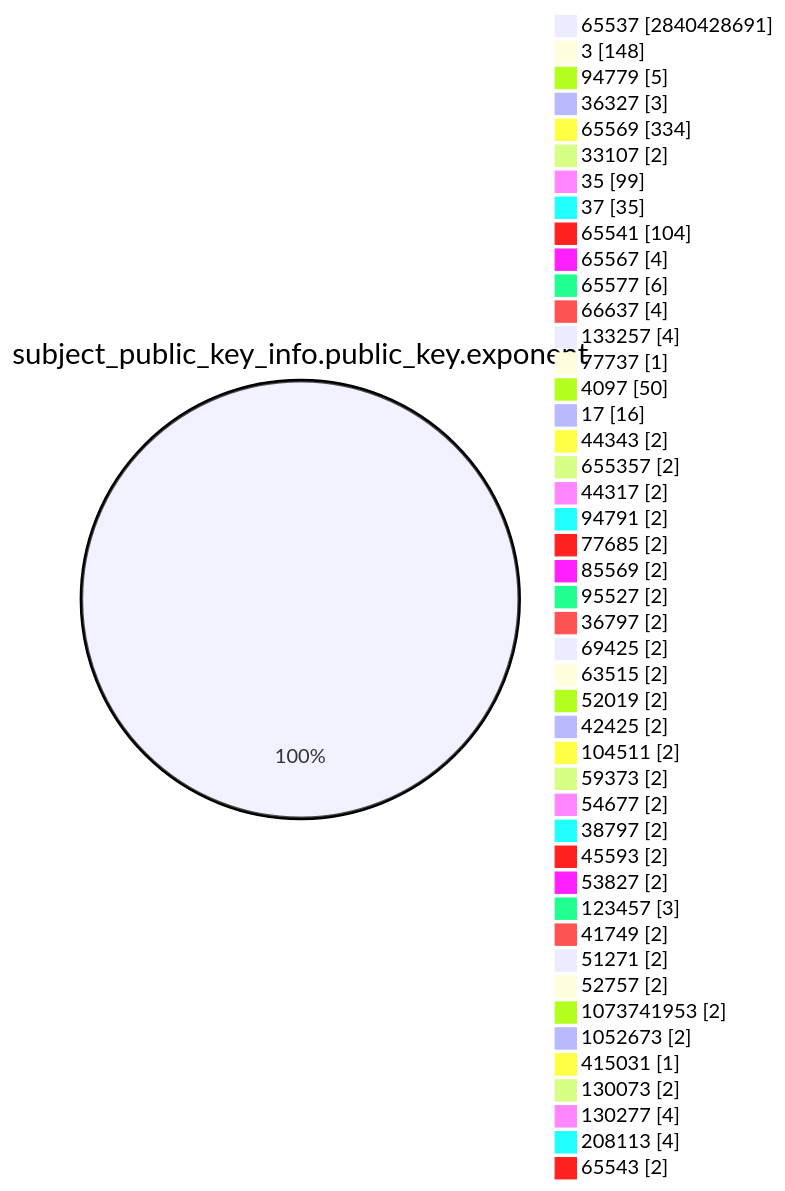
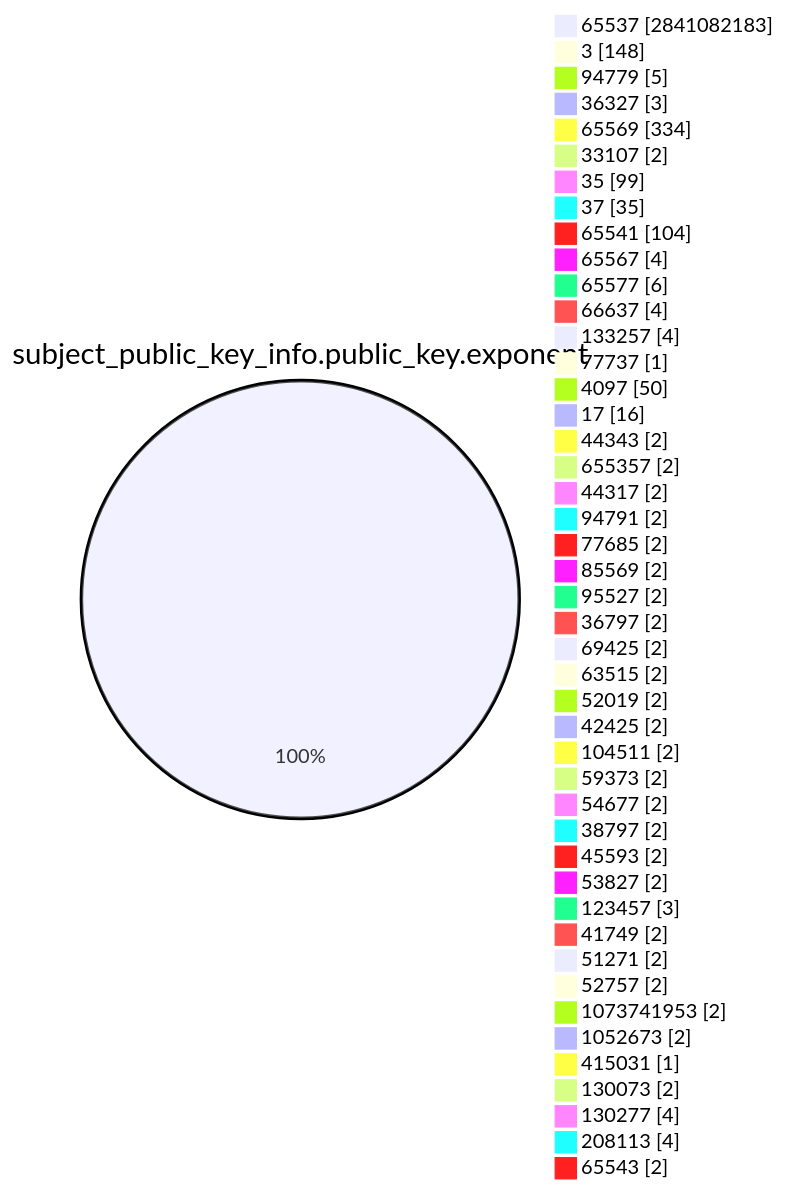
The fourth of 15 diagrams in TOTAL/README.md (christiankrug/ctmonitor_visualization), drawn with Mermaid before and after one commit. The commit also changed other lines of this file, not shown here.

````diff
--- a/TOTAL/README.md
+++ b/TOTAL/README.md
@@ -1468,49 +1468,49 @@
 ```mermaid
 pie showData
 title subject_public_key_info.public_key.exponent
-"65537" :2840428691
+"65537" :2841082183
 "3" :148
 "94779" :5
 "36327" :3
 "65569" :334
 "33107" :2
 "35" :99
 "37" :35
 "65541" :104
 "65567" :4
 "65577" :6
 "66637" :4
 "133257" :4
 "77737" :1
 "4097" :50
 "17" :16
 "44343" :2
 "655357" :2
 "44317" :2
 "94791" :2
 "77685" :2
 "85569" :2
 "95527" :2
 "36797" :2
 "69425" :2
 "63515" :2
 "52019" :2
 "42425" :2
 "104511" :2
 "59373" :2
 "54677" :2
 "38797" :2
 "45593" :2
 "53827" :2
 "123457" :3
 "41749" :2
 "51271" :2
 "52757" :2
 "1073741953" :2
 "1052673" :2
 "415031" :1
 "130073" :2
 "130277" :4
 "208113" :4
 "65543" :2
 ```
````
